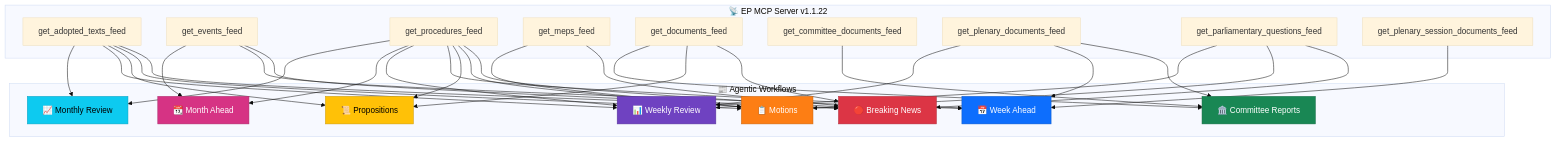
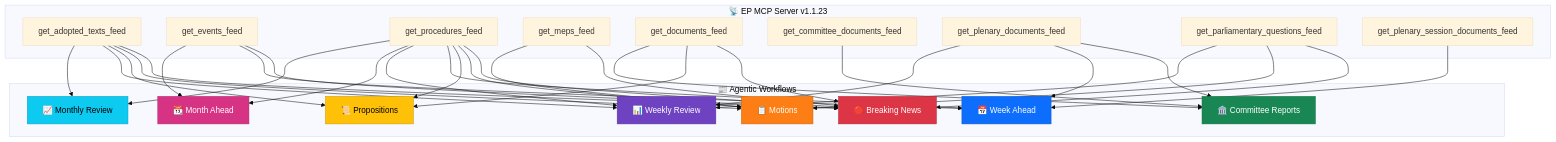
One commit to Hack23/euparliamentmonitor changed the fifth of 7 diagrams in docs/api/media/README-3.md. Above: the diagram before and after it, drawn with Mermaid (base theme). The commit also changed other lines of this file and 31 other files, not shown here.

First line of the commit message:
chore: bump EP MCP server references to 1.1.23 across workflows and MCP config

````diff
--- a/docs/api/media/README-3.md
+++ b/docs/api/media/README-3.md
@@ -357,44 +357,44 @@
 ```mermaid
 flowchart TD
-    subgraph "📡 EP MCP Server v1.1.22"
+    subgraph "📡 EP MCP Server v1.1.23"
         F1["get_adopted_texts_feed"]
         F2["get_events_feed"]
         F3["get_procedures_feed"]
         F4["get_meps_feed"]
         F5["get_documents_feed"]
         F6["get_committee_documents_feed"]
         F7["get_plenary_documents_feed"]
         F8["get_parliamentary_questions_feed"]
         F9["get_plenary_session_documents_feed"]
     end
 
     subgraph "📰 Agentic Workflows"
         W1["🔴 Breaking News"]
         W2["📋 Motions"]
         W3["📜 Propositions"]
         W4["🏛️ Committee Reports"]
         W5["📅 Week Ahead"]
         W6["📊 Weekly Review"]
         W7["📆 Month Ahead"]
         W8["📈 Monthly Review"]
     end
 
     F1 --> W1 & W2 & W3 & W6 & W8
     F2 --> W1 & W5 & W7
     F3 --> W1 & W2 & W3 & W5 & W6 & W7 & W8
     F4 --> W1 & W2
     F5 --> W1 & W3 & W4
     F6 --> W4
     F7 --> W4 & W5 & W6
     F8 --> W1 & W2 & W6
     F9 --> W5
 
     style W1 fill:#dc3545,stroke:#b02a37,color:#fff
     style W2 fill:#fd7e14,stroke:#ca6510,color:#fff
     style W3 fill:#ffc107,stroke:#cc9a06,color:#000
     style W4 fill:#198754,stroke:#146c43,color:#fff
     style W5 fill:#0d6efd,stroke:#0a58ca,color:#fff
     style W6 fill:#6f42c1,stroke:#59359a,color:#fff
     style W7 fill:#d63384,stroke:#ab296a,color:#fff
     style W8 fill:#0dcaf0,stroke:#0aa2c0,color:#000
 ```
````
